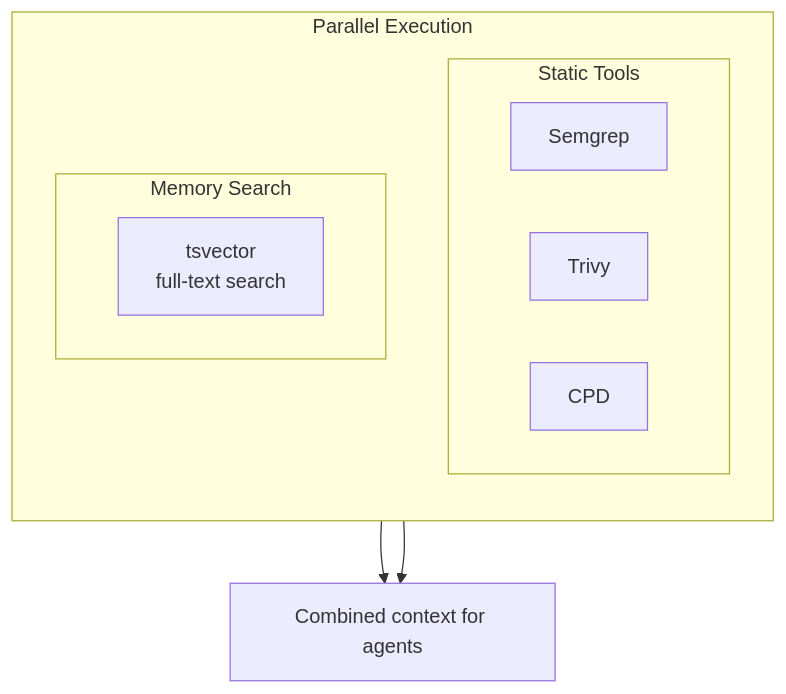
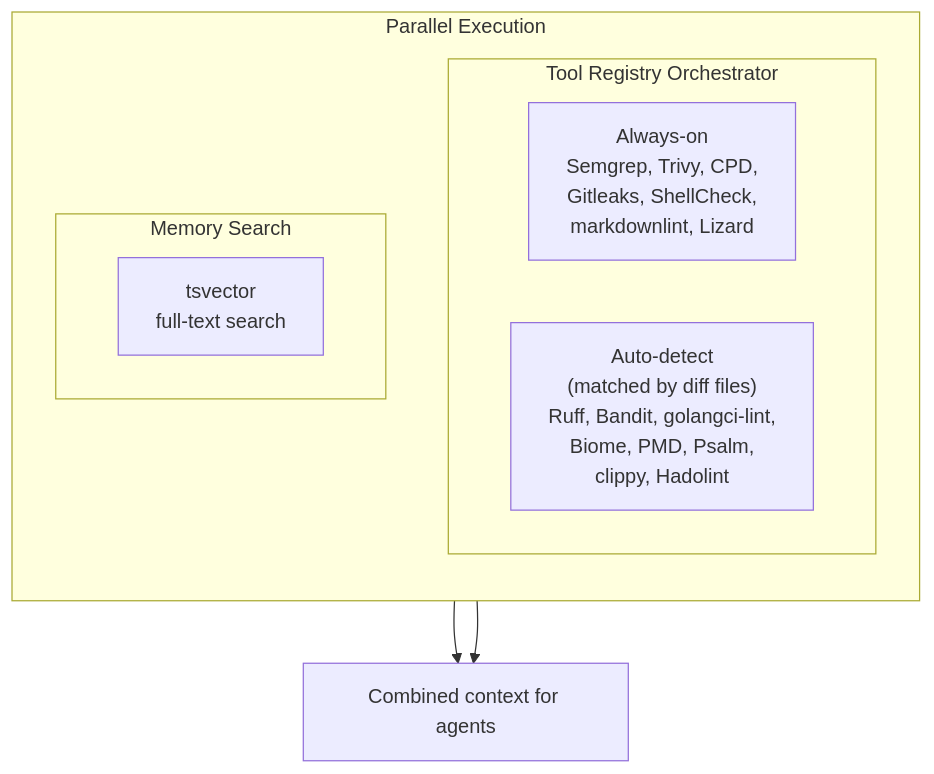
The second of 2 diagrams in docs/review-pipeline.md (actions-marketplace-validations/JNZader_ghagga), drawn with Mermaid before and after one commit. The commit also changed other lines of this file and 9 other files, not shown here.

First line of the commit message:
docs: update all documentation for extensible static analysis (3→15 tools)

````diff
--- a/docs/review-pipeline.md
+++ b/docs/review-pipeline.md
@@ -55,16 +55,15 @@
 ```mermaid
 graph TB
   subgraph Parallel["Parallel Execution"]
     direction TB
-    subgraph Static["Static Tools"]
-      Semgrep
-      Trivy
-      CPD
+    subgraph Static["Tool Registry Orchestrator"]
+      AlwaysOn["Always-on<br/>Semgrep, Trivy, CPD,<br/>Gitleaks, ShellCheck,<br/>markdownlint, Lizard"]
+      AutoDetect["Auto-detect<br/>(matched by diff files)<br/>Ruff, Bandit, golangci-lint,<br/>Biome, PMD, Psalm,<br/>clippy, Hadolint"]
     end
     subgraph Mem["Memory Search"]
       FTS["tsvector<br/>full-text search"]
     end
   end
   Static --> Combined["Combined context for agents"]
   Mem --> Combined
 ```
````
